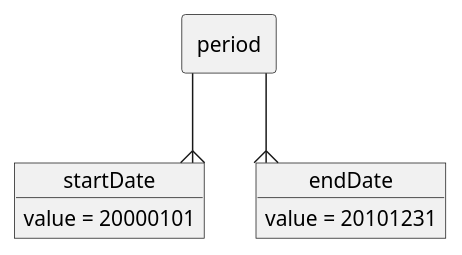
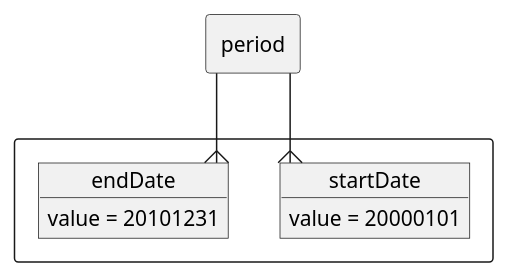
The diagram in standard/figurer/elementer/additionalElement_1.puml (arkivverket/addml-standard), drawn with PlantUML before and after one commit.

```diff
--- a/standard/figurer/elementer/additionalElement_1.puml
+++ b/standard/figurer/elementer/additionalElement_1.puml
@@ -1,13 +1,17 @@
 @startuml
 allowmixing
 skinparam linetype ortho
+
 rectangle period
 
+rectangle {
 object startDate
+object endDate
+}
+
 startDate : value = 20000101
-object endDate
 endDate : value = 20101231
 
 period --{ startDate
 period --{ endDate
 @enduml
```
